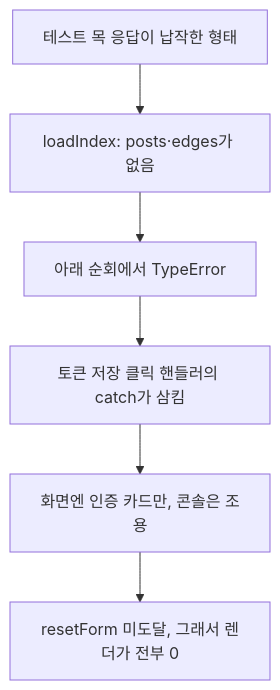
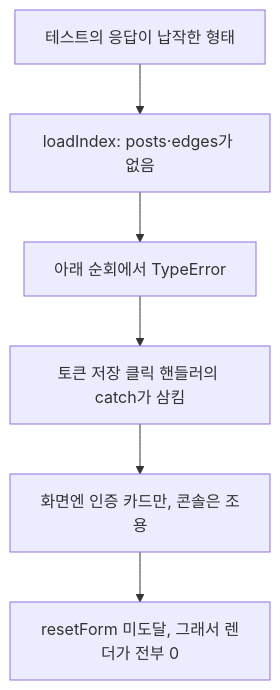
Before and after one commit to RJ-Stony/injoy: the third of 4 diagrams in src/content/posts/polish-round-15.md, drawn with Mermaid. The commit also changed other lines of this file, not shown here.

````diff
--- a/src/content/posts/polish-round-15.md
+++ b/src/content/posts/polish-round-15.md
@@ -124,8 +124,8 @@
 ```mermaid
 flowchart TD
-  M[테스트 목 응답이 납작한 형태] --> L[loadIndex: posts·edges가 없음]
+  M[테스트의 응답이 납작한 형태] --> L[loadIndex: posts·edges가 없음]
   L --> T[아래 순회에서 TypeError]
   T --> C[토큰 저장 클릭 핸들러의 catch가 삼킴]
   C --> A[화면엔 인증 카드만, 콘솔은 조용]
   A --> X[resetForm 미도달, 그래서 렌더가 전부 0]
 ```
````
